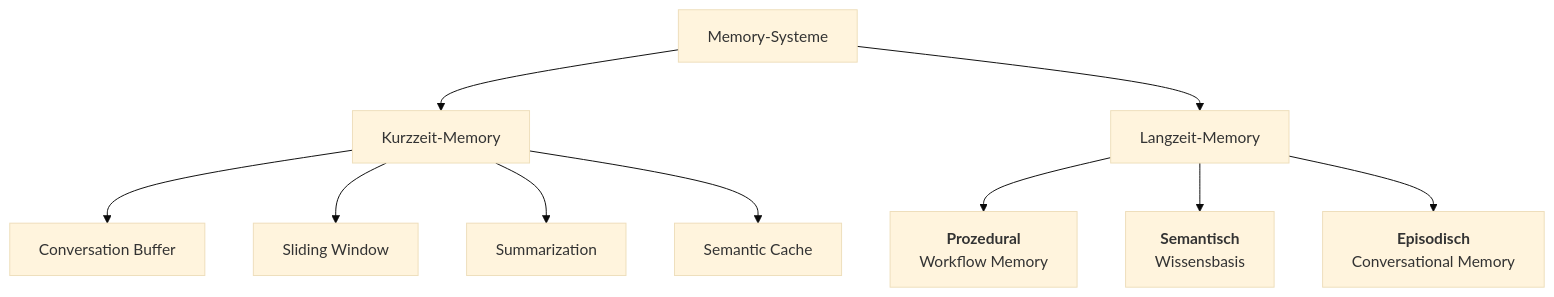
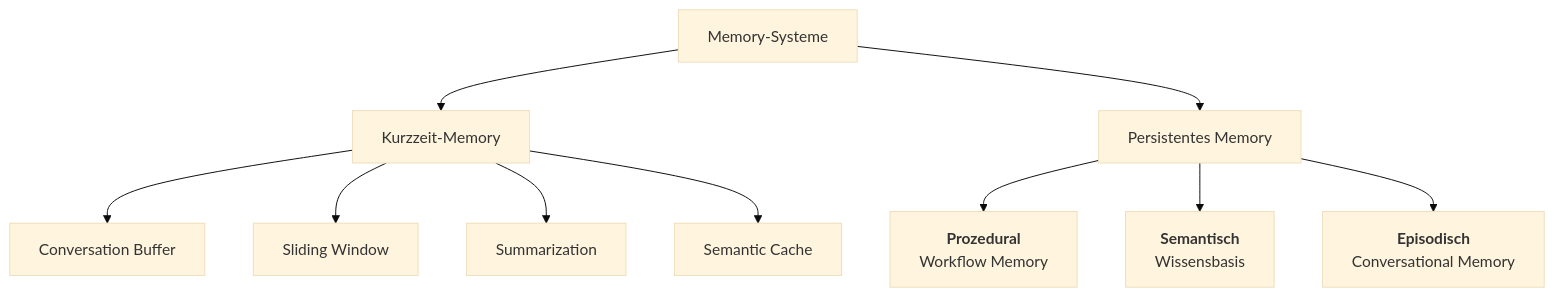
The first of 3 diagrams in docs/03-grundlagen/memory-systeme.md (ralf-42/GenAI), drawn with Mermaid (base theme) before and after one commit. The commit also changed other lines of this file and 25 other files, not shown here.

````diff
--- a/docs/03-grundlagen/memory-systeme.md
+++ b/docs/03-grundlagen/memory-systeme.md
@@ -108,27 +108,27 @@
 ```mermaid
 
 flowchart TB
 
     M[Memory-Systeme] --> K[Kurzzeit-Memory]
 
-    M --> L[Langzeit-Memory]
+    M --> L[Persistentes Memory]
 
 
 
     K --> K1["Conversation Buffer"]
 
     K --> K2["Sliding Window"]
 
     K --> K3["Summarization"]
 
     K --> K4["Semantic Cache"]
 
 
 
     L --> L1["<b>Prozedural</b><br/>Workflow Memory"]
 
     L --> L2["<b>Semantisch</b><br/>Wissensbasis"]
 
     L --> L3["<b>Episodisch</b><br/>Conversational Memory"]
 
 ```
````
